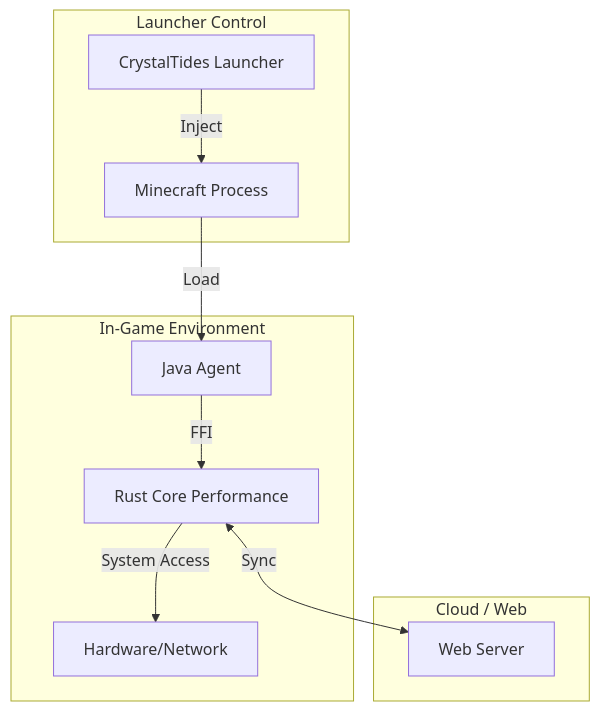
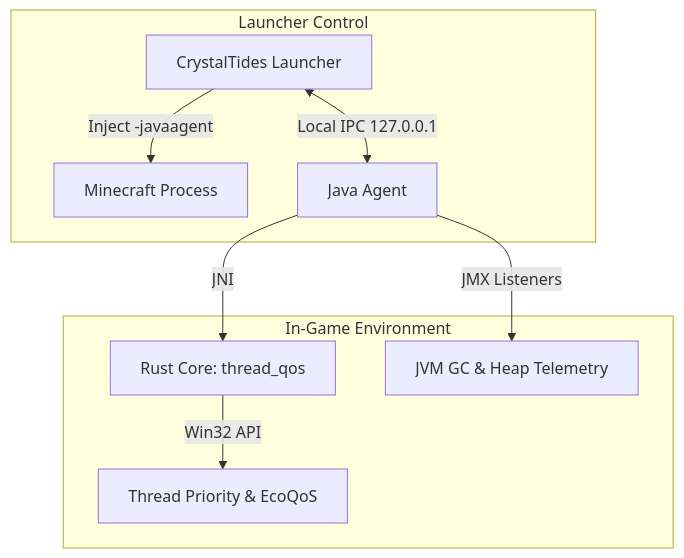
One commit to UltraXn/CrystalTidesSMP-Project changed the diagram in apps/game-bridge/README.md. Above: the diagram before and after it, drawn with Mermaid. The commit also changed other lines of this file and 6 other files, not shown here.

Commit message:
refactor(game-bridge): alinear java-agent con telemetria real de GC e IPC y eliminar facades

````diff
--- a/apps/game-bridge/README.md
+++ b/apps/game-bridge/README.md
@@ -27,16 +26,13 @@
 ```mermaid
 graph TD
     subgraph "Launcher Control"
-        L[CrystalTides Launcher] -->|Inject| MC[Minecraft Process]
+        L[CrystalTides Launcher] -->|Inject -javaagent| MC[Minecraft Process]
+        L <-->|Local IPC 127.0.0.1| JA[Java Agent]
     end
 
     subgraph "In-Game Environment"
-        MC -->|Load| JA[Java Agent]
-        JA -->|FFI| RC[Rust Core Performance]
-        RC -->|System Access| HW[Hardware/Network]
-    end
-
-    subgraph "Cloud / Web"
-        RC <-->|Sync| WS[Web Server]
+        JA -->|JNI| RC[Rust Core: thread_qos]
+        RC -->|Win32 API| HW[Thread Priority & EcoQoS]
+        JA -->|JMX Listeners| JVM[JVM GC & Heap Telemetry]
     end
 ```
````
